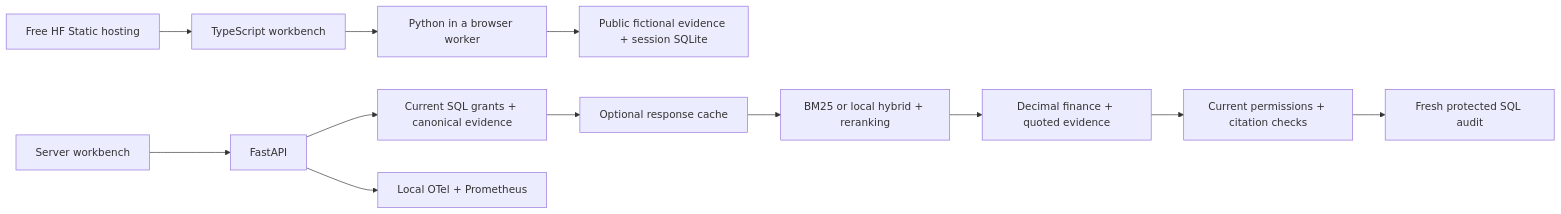
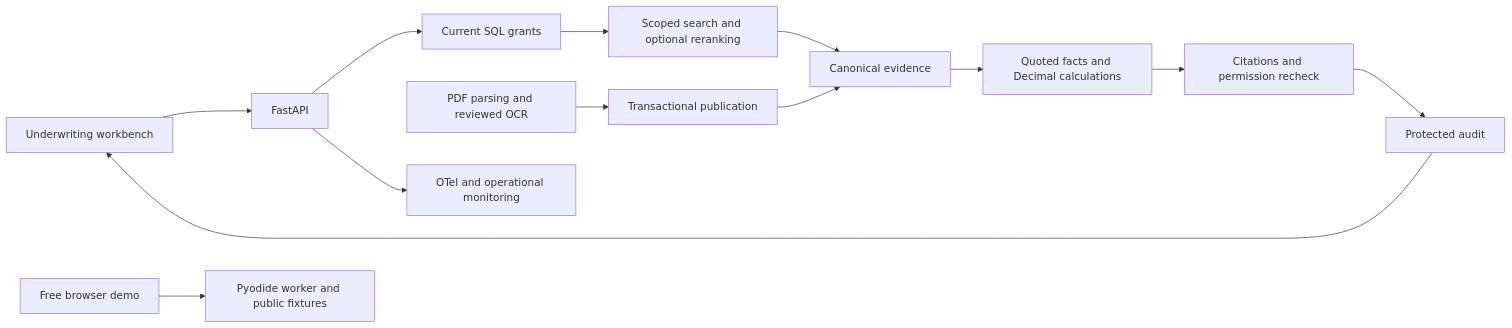
The diagram in README.md (chinmayarvind23/credit-lens), drawn with Mermaid before and after one commit. The commit also changed other lines of this file and 53 other files, not shown here.

````diff
--- a/README.md
+++ b/README.md
@@ -117,14 +61,15 @@
 ```mermaid
 flowchart LR
-    HF[Free HF Static hosting] --> UI[TypeScript workbench]
-    UI --> Worker[Python in a browser worker]
-    Worker --> Demo[Public fictional evidence + session SQLite]
-    ServerUI[Server workbench] --> API[FastAPI]
-    API --> Scope[Current SQL grants + canonical evidence]
-    Scope --> Cache[Optional response cache]
-    Cache --> Retrieval[BM25 or local hybrid + reranking]
-    Retrieval --> Packet[Decimal finance + quoted evidence]
-    Packet --> Validate[Current permissions + citation checks]
-    Validate --> Audit[Fresh protected SQL audit]
-    API --> Telemetry[Local OTel + Prometheus]
+    UI[Underwriting workbench] --> API[FastAPI]
+    API --> Grants[Current SQL grants]
+    Grants --> Search[Scoped search and optional reranking]
+    Search --> Evidence[Canonical evidence]
+    Evidence --> Packet[Quoted facts and Decimal calculations]
+    Packet --> Check[Citations and permission recheck]
+    Check --> Audit[Protected audit]
+    Audit --> UI
+    Ingest[PDF parsing and reviewed OCR] --> Catalog[Transactional publication]
+    Catalog --> Evidence
+    API --> Trace[OTel and operational monitoring]
+    HF[Free browser demo] --> Worker[Pyodide worker and public fixtures]
 ```
````
